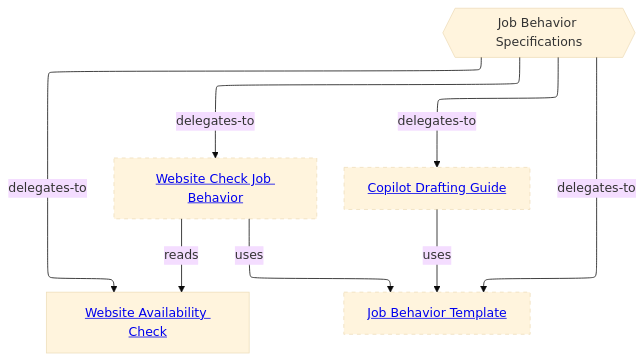
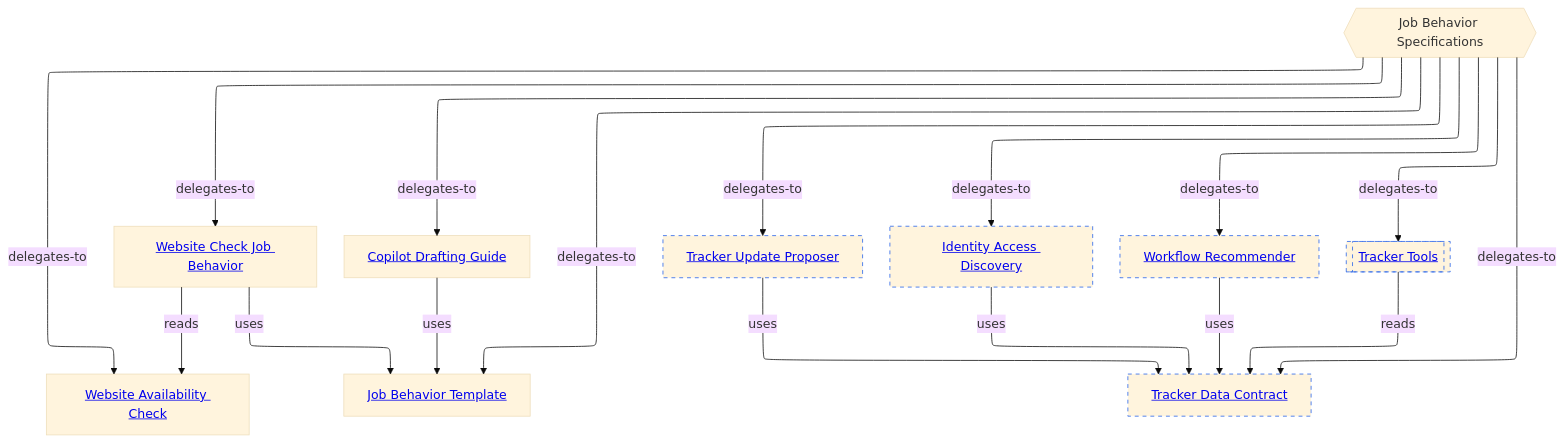
One commit to vrparthasarathy/migration-job-discovery changed the second of 2 diagrams in README.md. Above: the diagram before and after it, drawn with Mermaid (base theme). The commit also changed other lines of this file and 59 other files, not shown here.

Commit message:
Plan Job Behavior Specifications.

````diff
--- a/README.md
+++ b/README.md
@@ -87,16 +103,35 @@
 ```mermaid
 ---
 config:
   layout: elk
 ---
 %%{init: {"securityLevel": "loose"}}%%
 flowchart TB
-  root{{"Job Behavior Specifications"}} -->|delegates-to| check["<a href='website-availability-check/README.md#diagram'>Website Availability Check</a>"]
-  root -->|delegates-to| tmpl["<a href='job-behavior-template/README.md#planned-diagram'>Job Behavior Template</a>"]:::planned
-  root -->|delegates-to| ref["<a href='website-check-job-behavior/README.md#planned-diagram'>Website Check Job Behavior</a>"]:::planned
-  root -->|delegates-to| guide["<a href='copilot-drafting-guide/README.md#planned-diagram'>Copilot Drafting Guide</a>"]:::planned
-  ref -->|uses| tmpl
-  guide -->|uses| tmpl
-  ref -->|reads| check
-  classDef planned stroke-dasharray: 5 5
+  root{{"Job Behavior Specifications"}}
+  check["<a href='website-availability-check/README.md#diagram'>Website Availability Check</a>"]
+  tmpl["<a href='job-behavior-template/README.md#planned-diagram'>Job Behavior Template</a>"]
+  ref["<a href='website-check-job-behavior/README.md#planned-diagram'>Website Check Job Behavior</a>"]
+  guide["<a href='copilot-drafting-guide/README.md#planned-diagram'>Copilot Drafting Guide</a>"]
+  contract["<a href='tracker-data-contract/README.md#planned-diagram'>Tracker Data Contract</a>"]:::planned
+  proposer["<a href='tracker-update-proposer/README.md#planned-diagram'>Tracker Update Proposer</a>"]:::planned
+  access["<a href='identity-access-discovery/README.md#planned-diagram'>Identity Access Discovery</a>"]:::planned
+  recommender["<a href='workflow-recommender/README.md#planned-diagram'>Workflow Recommender</a>"]:::planned
+  tools[["<a href='tracker-tools/README.md#planned-diagram'>Tracker Tools</a>"]]:::planned
+  root -->|delegates-to| check
+  root -->|delegates-to| tmpl
+  root -->|delegates-to| ref
+  root -->|delegates-to| guide
+  root -->|delegates-to| contract
+  root -->|delegates-to| proposer
+  root -->|delegates-to| access
+  root -->|delegates-to| recommender
+  root -->|delegates-to| tools
+  ref -->|"uses"| tmpl
+  guide -->|"uses"| tmpl
+  ref -->|"reads"| check
+  proposer -->|"uses"| contract
+  access -->|"uses"| contract
+  recommender -->|"uses"| contract
+  tools -->|"reads"| contract
+  classDef planned stroke-dasharray: 5 5,stroke:#2563eb
 ```
````
